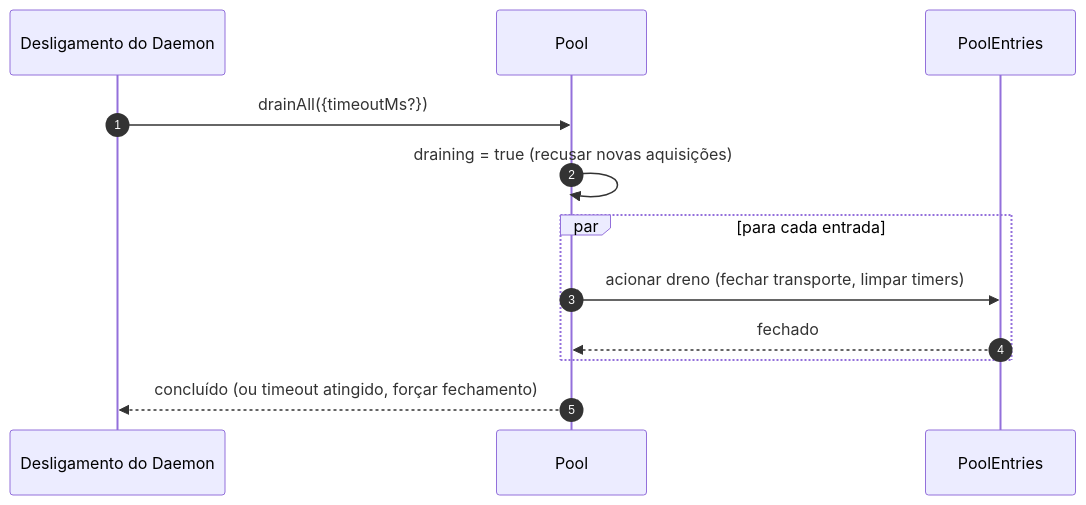
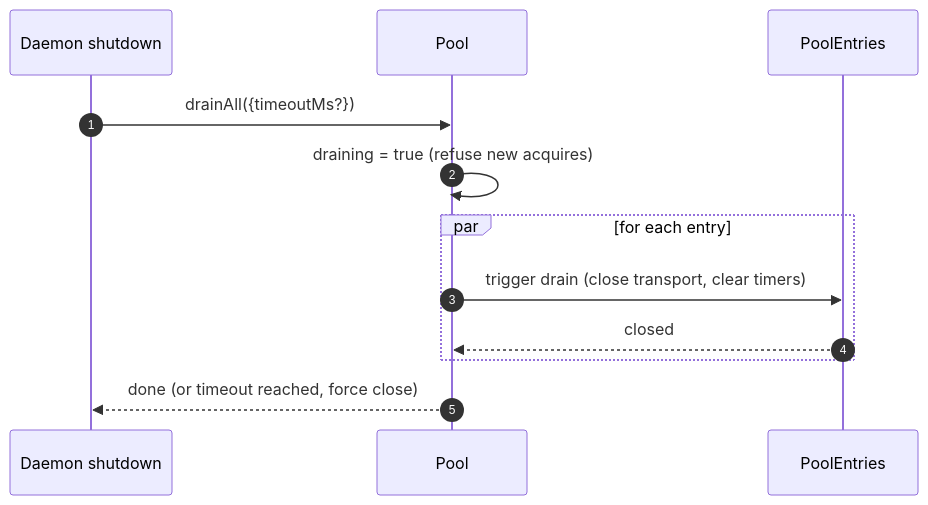
The fourth of 4 diagrams in website/content/pt-BR/developers/daemon/05-mcp-transport-pool.md (QwenLM/qwen-code-docs), drawn with Mermaid before and after one commit. The commit also changed other lines of this file and 267 other files, not shown here.

````diff
--- a/website/content/pt-BR/developers/daemon/05-mcp-transport-pool.md
+++ b/website/content/pt-BR/developers/daemon/05-mcp-transport-pool.md
@@ -208,15 +206,15 @@
 ```mermaid
 sequenceDiagram
     autonumber
-    participant D as Desligamento do Daemon
+    participant D as Daemon shutdown
     participant P as Pool
     participant E as PoolEntries
 
     D->>P: drainAll({timeoutMs?})
-    P->>P: draining = true (recusar novas aquisições)
-    par para cada entrada
-        P->>E: acionar dreno (fechar transporte, limpar timers)
-        E-->>P: fechado
+    P->>P: draining = true (refuse new acquires)
+    par for each entry
+        P->>E: trigger drain (close transport, clear timers)
+        E-->>P: closed
     end
-    P-->>D: concluído (ou timeout atingido, forçar fechamento)
+    P-->>D: done (or timeout reached, force close)
 ```
````
